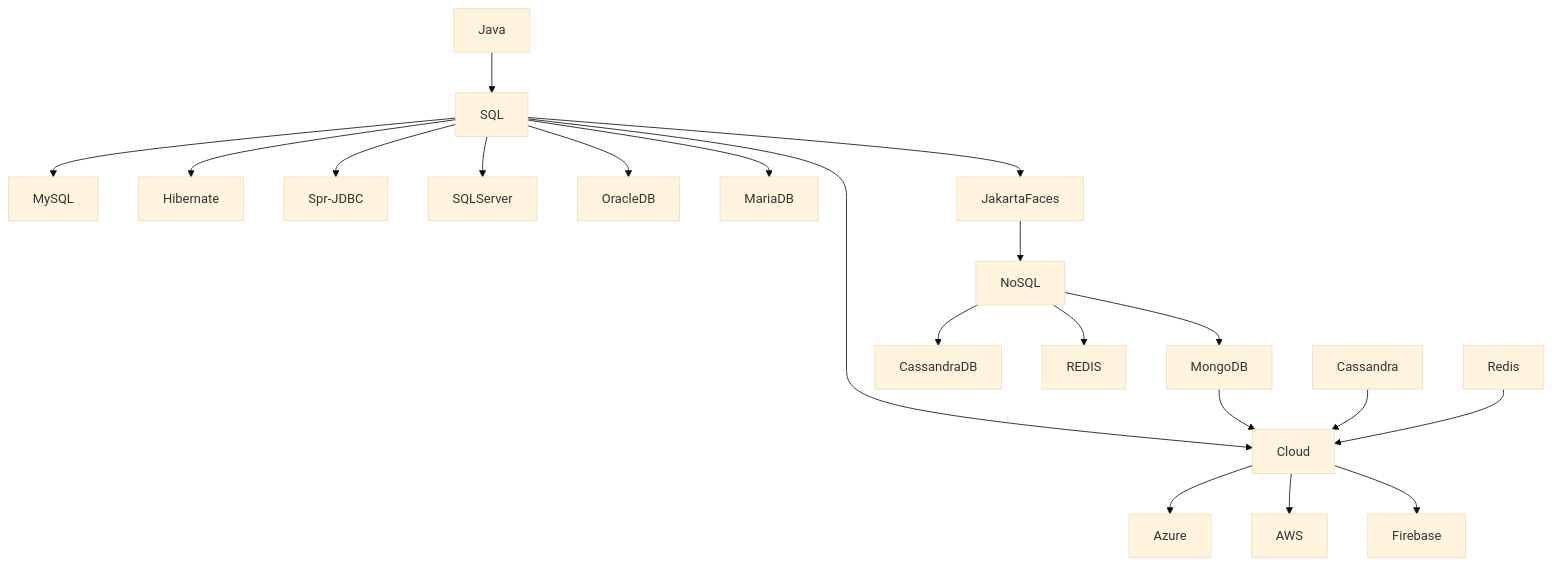
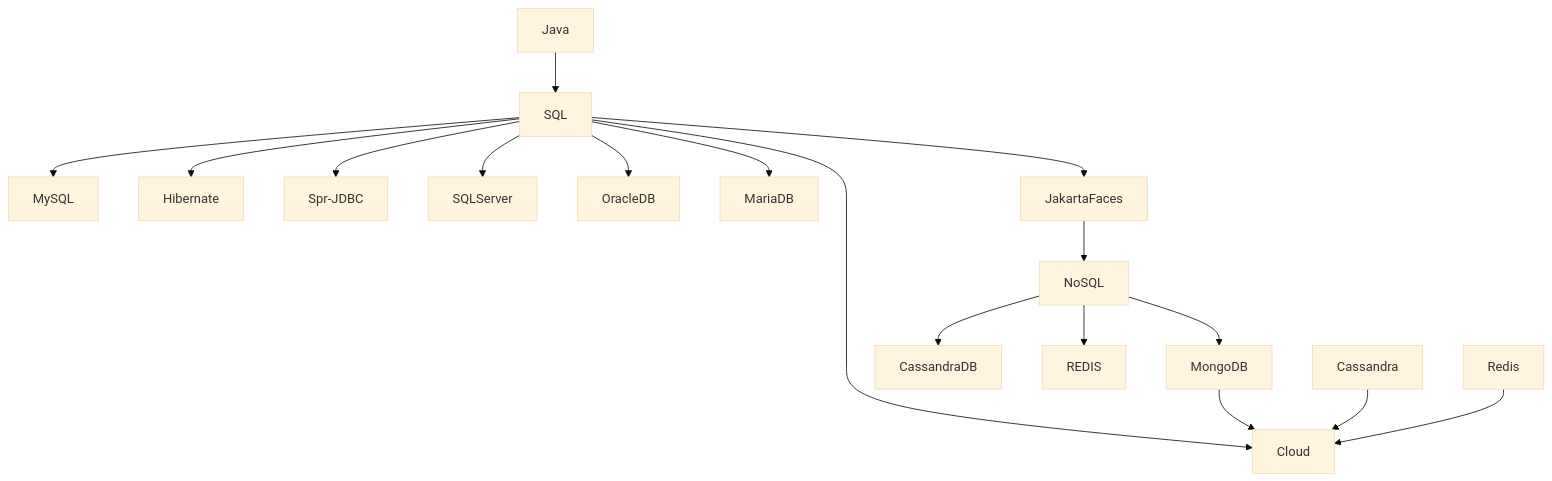
Before and after one commit to Maxnegrao33/Maxnegrao33: the third of 3 diagrams in README.md, drawn with Mermaid (base theme). The commit also changed other lines of this file, not shown here.

````diff
--- a/README.md
+++ b/README.md
@@ -214,23 +214,19 @@
  ```mermaid
 graph TD;
   SQL-->MySQL;
   Java-->SQL;
   SQL-->Hibernate;
   SQL-->Spr-JDBC;
   SQL-->SQLServer;
   SQL-->OracleDB;
   SQL-->MariaDB;
   NoSQL-->MongoDB;
   NoSQL-->CassandraDB;
   NoSQL-->REDIS;
   SQL-->Cloud;
-  Cloud-->Azure;
-  Cloud-->AWS;
-  Cloud-->Firebase;
   MongoDB-->Cloud;
   Cassandra-->Cloud;
   Redis-->Cloud;
   SQL-->JakartaFaces;
   JakartaFaces-->NoSQL;
- 
- ```
+```
````
